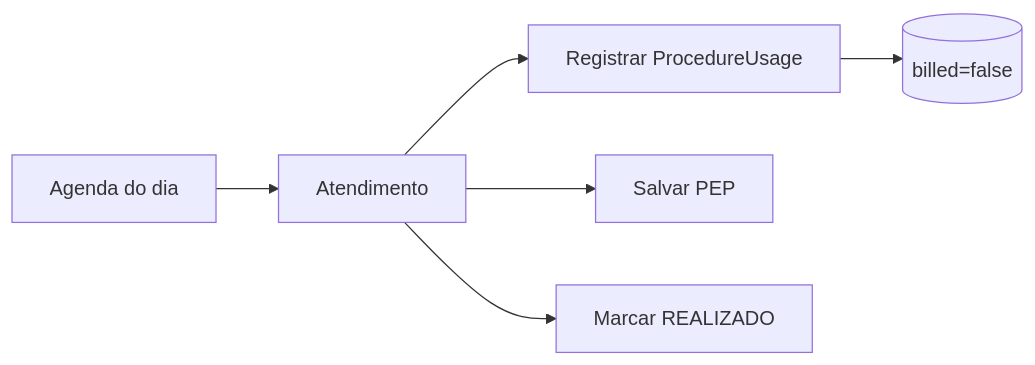
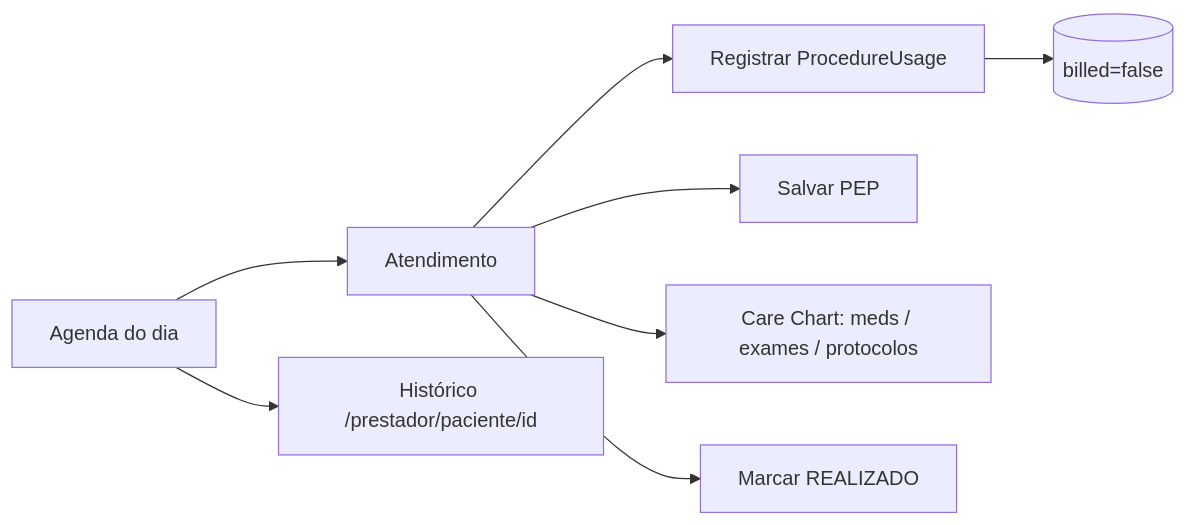
Before and after one commit to Piulres/sistema-bibi: the third of 10 diagrams in docs/FLUXOS.md, drawn with Mermaid. The commit also changed other lines of this file and 9 other files, not shown here.

First line of the commit message:
docs: Care Chart v1.1.0 — fluxos, arquitetura e release

````diff
--- a/docs/FLUXOS.md
+++ b/docs/FLUXOS.md
@@ -166,8 +189,10 @@
 ```mermaid
 flowchart LR
   A[Agenda do dia] --> B[Atendimento]
   B --> C[Registrar ProcedureUsage]
   B --> D[Salvar PEP]
-  B --> E[Marcar REALIZADO]
-  C --> F[(billed=false)]
+  B --> E[Care Chart: meds / exames / protocolos]
+  B --> F[Marcar REALIZADO]
+  C --> G[(billed=false)]
+  A --> H[Histórico /prestador/paciente/id]
 ```
````
